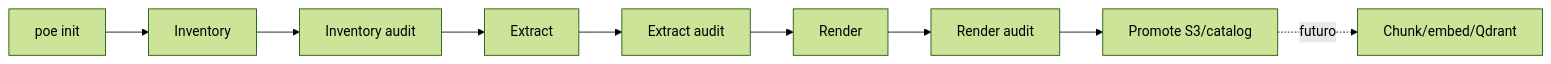
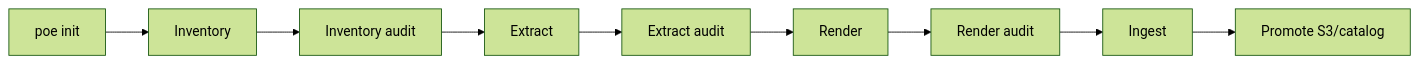
The diagram in docs/technical/concepts/pipeline.md (im-alexandre/baseia-extract), drawn with Mermaid (forest theme) before and after one commit. The commit also changed other lines of this file and 156 other files, not shown here.

````diff
--- a/docs/technical/concepts/pipeline.md
+++ b/docs/technical/concepts/pipeline.md
@@ -25,11 +25,11 @@
 ```mermaid
 flowchart LR
     A["poe init"] --> B["Inventory"]
     B --> C["Inventory audit"]
     C --> D["Extract"]
     D --> E["Extract audit"]
     E --> F["Render"]
     F --> G["Render audit"]
-    G --> H["Promote S3/catalog"]
-    H -. "futuro" .-> I["Chunk/embed/Qdrant"]
+    G --> H["Ingest"]
+    H --> I["Promote S3/catalog"]
 ```
````
